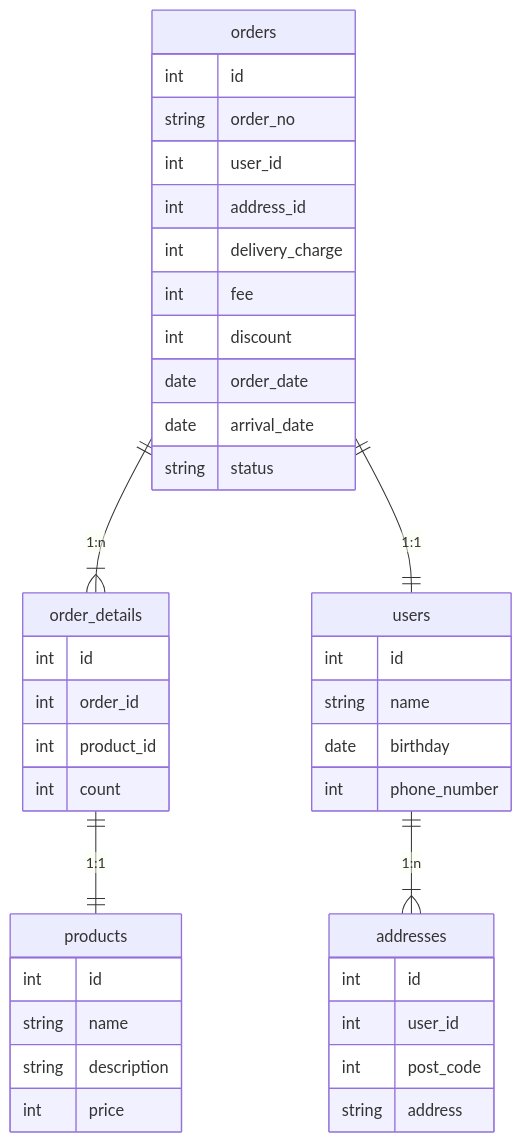
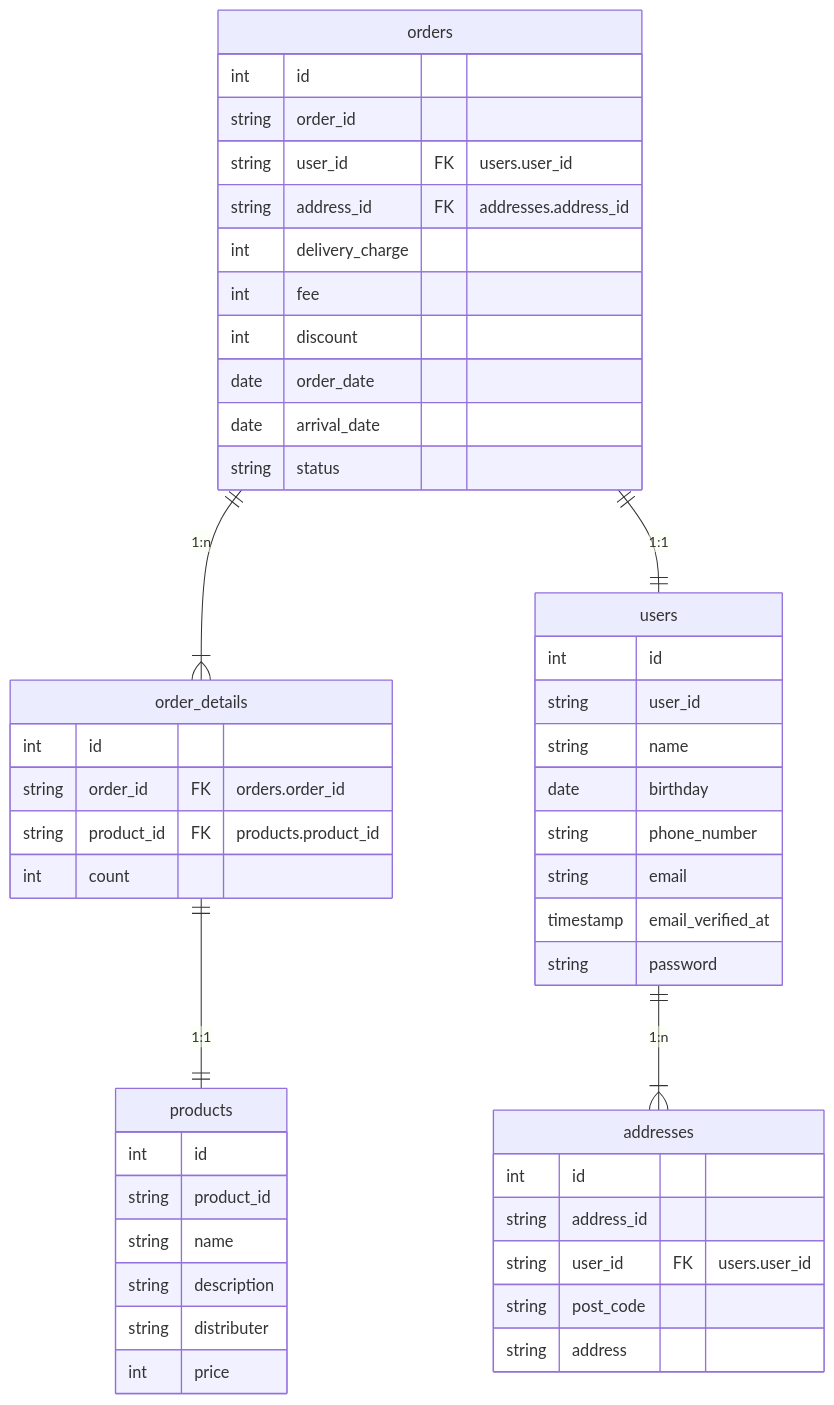
The diagram in architecture/er_diagram.md (SunHigh105/laravel-api-practice), drawn with Mermaid before and after one commit. The commit also changed 4 other files, not shown here.

Commit message:
Create migrations and modify er diagram

````diff
--- a/architecture/er_diagram.md
+++ b/architecture/er_diagram.md
@@ -1,49 +1,56 @@
 ```mermaid
 erDiagram
 
 products {
   int id
+  string product_id
   string name
   string description
+  string distributer
   int price
 }
 
 users {
   int id
+  string user_id
   string name
   date birthday
-  int phone_number
+  string phone_number
+  string email
+  timestamp email_verified_at
+  string password
 }
 
 addresses {
   int id
-  int user_id
-  int post_code
+  string address_id
+  string user_id FK "users.user_id"
+  string post_code
   string address
 }
 
 orders {
   int id
-  string order_no
-  int user_id
-  int address_id
+  string order_id
+  string user_id FK "users.user_id"
+  string address_id FK "addresses.address_id"
   int delivery_charge
   int fee
   int discount
   date order_date
   date arrival_date
   string status
 }
 
 order_details {
   int id
-  int order_id
-  int product_id
+  string order_id FK "orders.order_id"
+  string product_id FK "products.product_id"
   int count
 }
 
 orders ||--|{ order_details: "1:n"
 orders ||--|| users: "1:1"
 users ||--|{ addresses: "1:n"
 order_details ||--|| products: "1:1"
 ```
````
